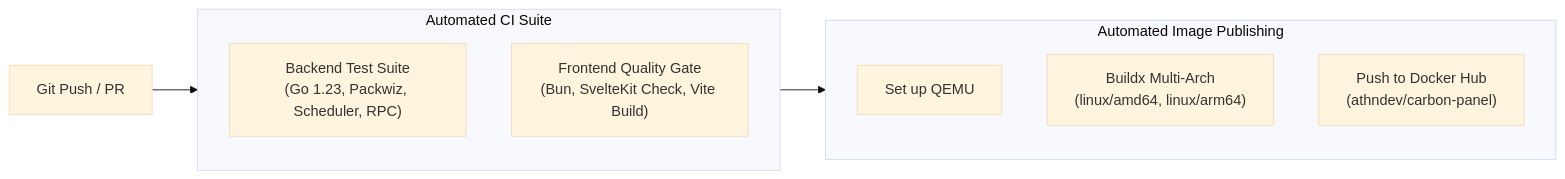
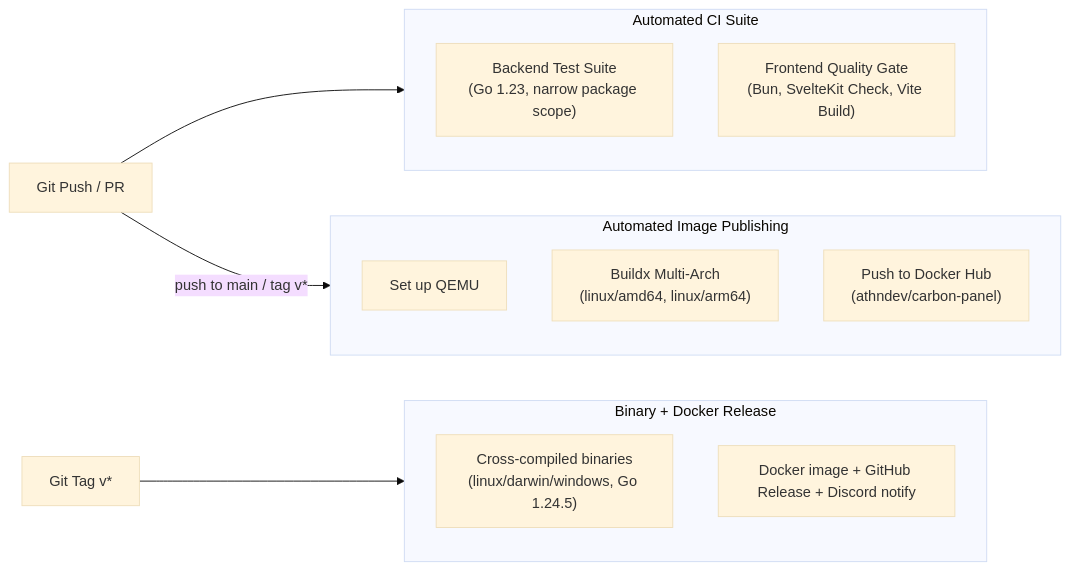
The fifth of 5 diagrams in DESIGN.md (athNdev/carbon-panel), drawn with Mermaid (base theme) before and after one commit. The commit also changed other lines of this file, not shown here.

First line of the commit message:
docs: correct stale CI/CD section and add architecture review

````diff
--- a/DESIGN.md
+++ b/DESIGN.md
@@ -330,17 +330,23 @@
 ```mermaid
 flowchart LR
-    Commit["Git Push / PR"] --> CI["GitHub Actions CI"]
-    
+    Commit["Git Push / PR"] --> CI["GitHub Actions CI (ci.yml)"]
+
     subgraph CI ["Automated CI Suite"]
-        BE["Backend Test Suite\n(Go 1.23, Packwiz, Scheduler, RPC)"]
+        BE["Backend Test Suite\n(Go 1.23, narrow package scope)"]
         FE["Frontend Quality Gate\n(Bun, SvelteKit Check, Vite Build)"]
     end
 
-    CI --> CD["Docker Hub CD Pipeline"]
-    
+    Commit -->|"push to main / tag v*"| CD["Docker Hub CD (cd.yml)"]
+
     subgraph CD ["Automated Image Publishing"]
         QEMU["Set up QEMU"]
         Buildx["Buildx Multi-Arch\n(linux/amd64, linux/arm64)"]
         Push["Push to Docker Hub\n(athndev/carbon-panel)"]
     end
+
+    Tag["Git Tag v*"] --> REL["Release Workflow (release.yml)"]
+    subgraph REL ["Binary + Docker Release"]
+        Bin["Cross-compiled binaries\n(linux/darwin/windows, Go 1.24.5)"]
+        RelDocker["Docker image + GitHub Release + Discord notify"]
+    end
 ```
````
